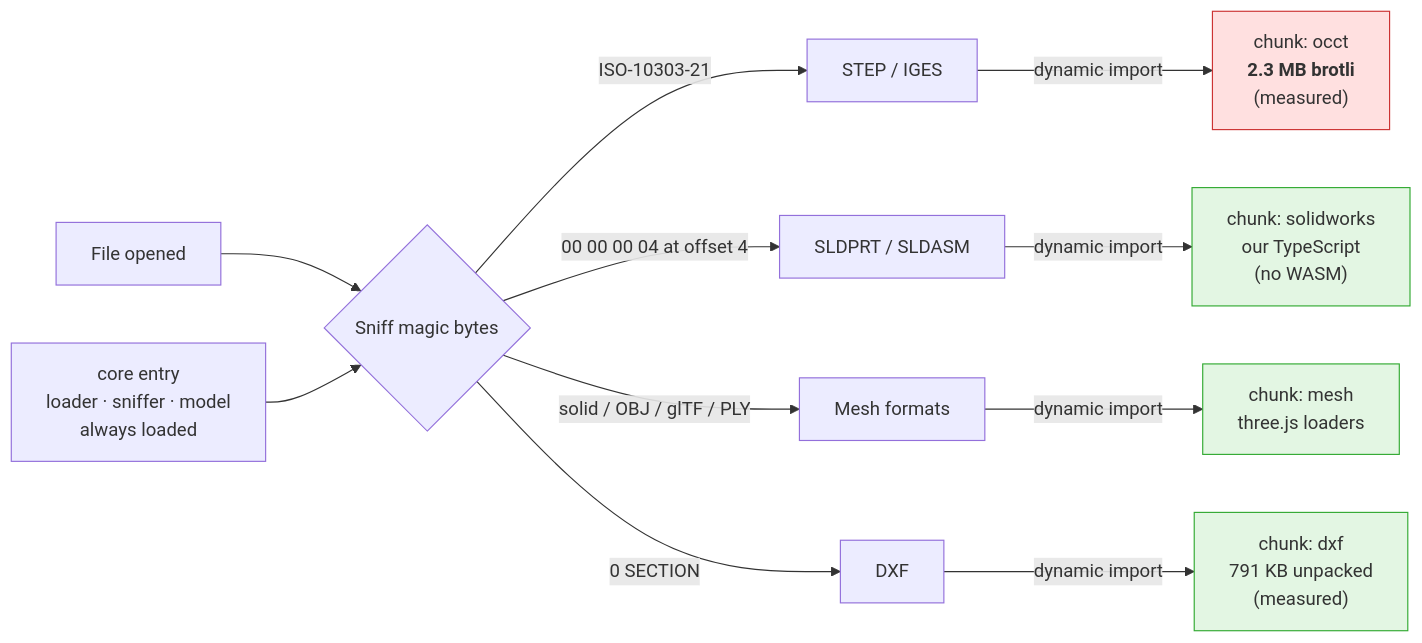
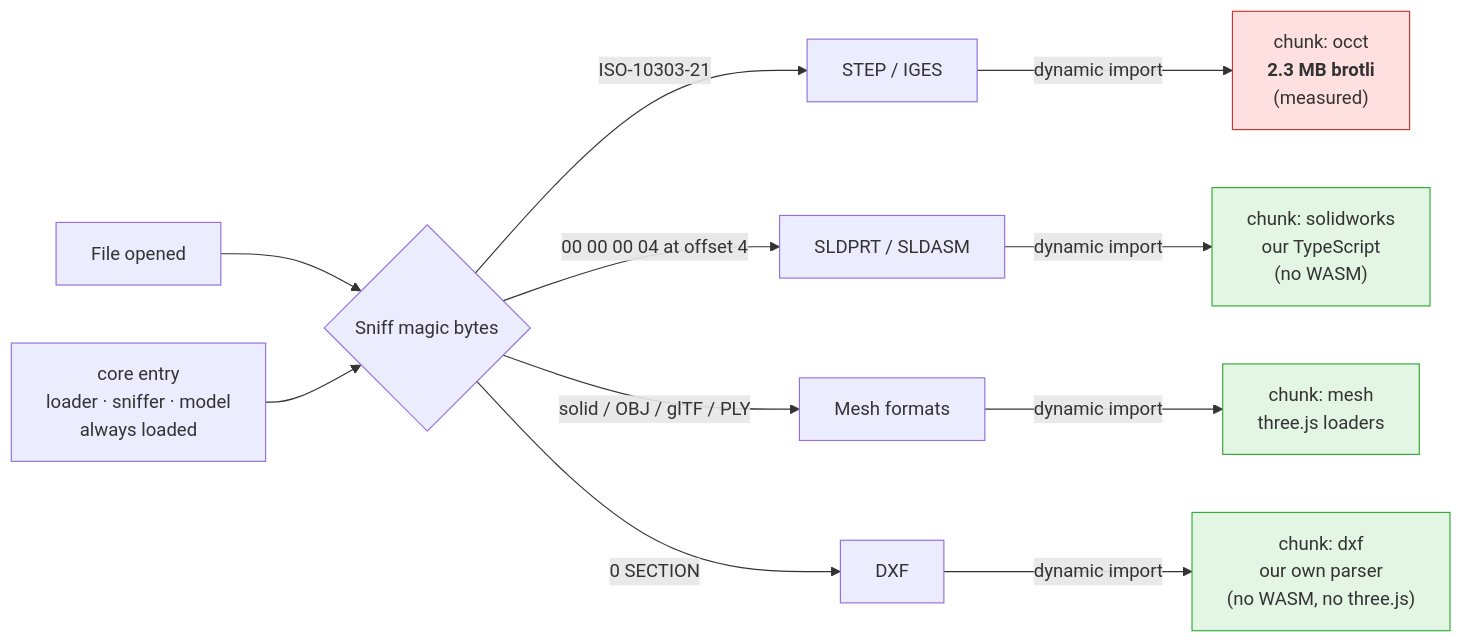
The third of 6 diagrams in ARCHITECTURE.md (Wintaru/model_viewer), drawn with Mermaid before and after one commit. The commit also changed 2 other files, not shown here.

Commit message:
docs: break slice 6 into commits, refine D6 for DXF's real shape
Same reasoning as slices 1-5's breakdowns: SPEC.md section 10's
one-line description for slice 6 left several design calls open.
Checking D6's "share the neutral core" claim against the actual
DecodedModel type found it didn't hold — DecodedMesh was pure
triangle topology with no way to represent a drawing's lines, and
SPEC.md's original dxf-viewer route decodes and renders together
through three.js, which can't sit in a renderer-agnostic Engine.

Resolved by extending DecodedMesh with an optional topology field
and writing our own DXF entity parser instead. Recorded in
DECISIONS.md. LWPOLYLINE bulge and INSERT block references are
scoped out of v1 and tracked as issues #3 and #4.

````diff
--- a/ARCHITECTURE.md
+++ b/ARCHITECTURE.md
@@ -217,21 +217,21 @@
 ```mermaid
 flowchart LR
     open["File opened"] --> sniff{"Sniff magic bytes"}
 
     sniff -->|"ISO-10303-21"| fstep["STEP / IGES"]
     sniff -->|"00 00 00 04 at offset 4"| fsw["SLDPRT / SLDASM"]
     sniff -->|"solid / OBJ / glTF / PLY"| fmesh["Mesh formats"]
     sniff -->|"0 SECTION"| fdxf["DXF"]
 
     fstep -->|"dynamic import"| cstep["chunk: occt<br/><b>2.3 MB brotli</b><br/>(measured)"]
     fsw -->|"dynamic import"| csw["chunk: solidworks<br/>our TypeScript<br/>(no WASM)"]
     fmesh -->|"dynamic import"| cmesh["chunk: mesh<br/>three.js loaders"]
-    fdxf -->|"dynamic import"| cdxf["chunk: dxf<br/>791 KB unpacked<br/>(measured)"]
+    fdxf -->|"dynamic import"| cdxf["chunk: dxf<br/>our own parser<br/>(no WASM, no three.js)"]
 
     core["core entry<br/>loader · sniffer · model<br/>always loaded"] --> sniff
 
     classDef heavy fill:#ffe0e0,stroke:#c33
     classDef light fill:#e3f6e3,stroke:#3a3
     class cstep heavy
     class csw,cmesh,cdxf light
 ```
````
